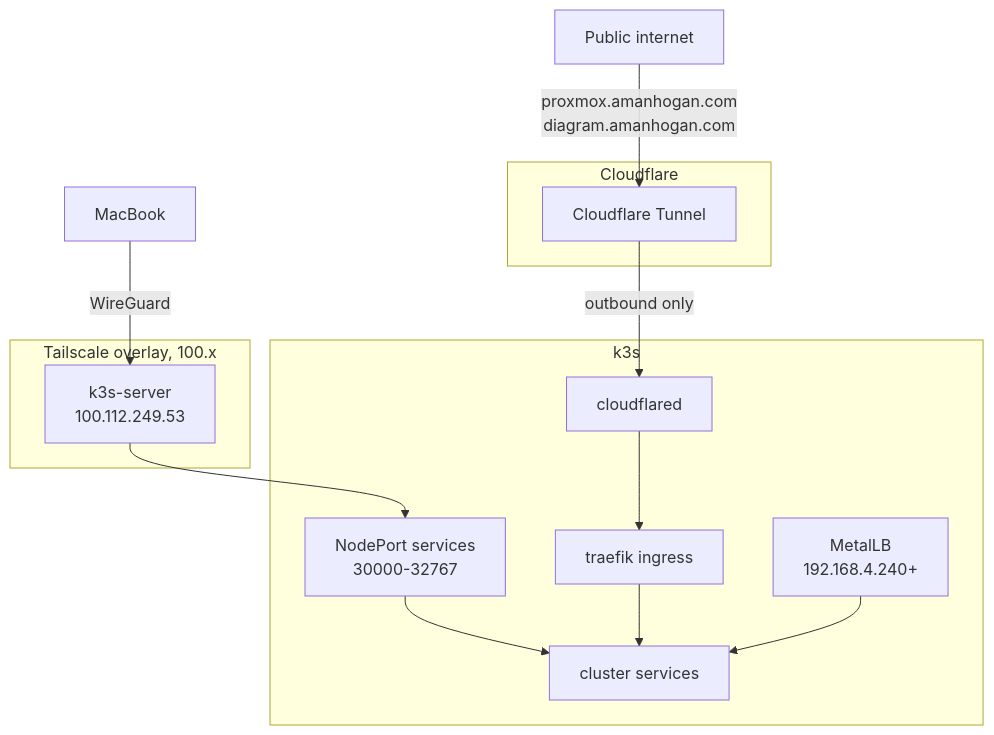
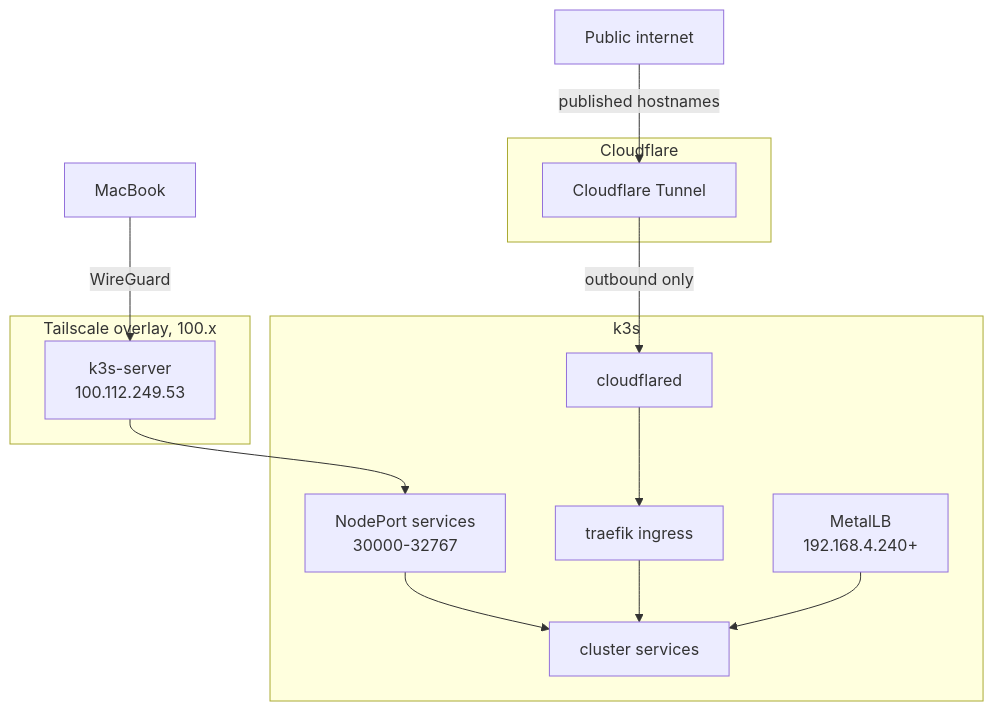
One commit to AmanHogan/kubenex changed the fourth of 4 diagrams in docs/homelab.md. Above: the diagram before and after it, drawn with Mermaid. The commit also changed other lines of this file and 2 other files, not shown here.

First line of the commit message:
docs: trim identifying detail from the public homelab doc

````diff
--- a/docs/homelab.md
+++ b/docs/homelab.md
@@ -136,32 +136,32 @@
 ```mermaid
 flowchart TB
   LAPTOP["MacBook"]
   PUBLIC["Public internet"]
 
   subgraph OVERLAY["Tailscale overlay, 100.x"]
     TSNODE["k3s-server<br/>100.112.249.53"]
   end
 
   subgraph CF["Cloudflare"]
     TUNNEL["Cloudflare Tunnel"]
   end
 
   subgraph CLUSTER["k3s"]
     CFD["cloudflared"]
     NP["NodePort services<br/>30000-32767"]
     LB["MetalLB<br/>192.168.4.240+"]
     TR["traefik ingress"]
     SVC["cluster services"]
   end
 
   LAPTOP -->|"WireGuard"| TSNODE
   TSNODE --> NP
   NP --> SVC
 
-  PUBLIC -->|"proxmox.amanhogan.com<br/>diagram.amanhogan.com"| TUNNEL
+  PUBLIC -->|"published hostnames"| TUNNEL
   TUNNEL -->|"outbound only"| CFD
   CFD --> TR
   TR --> SVC
 
   LB --> SVC
 ```
````
